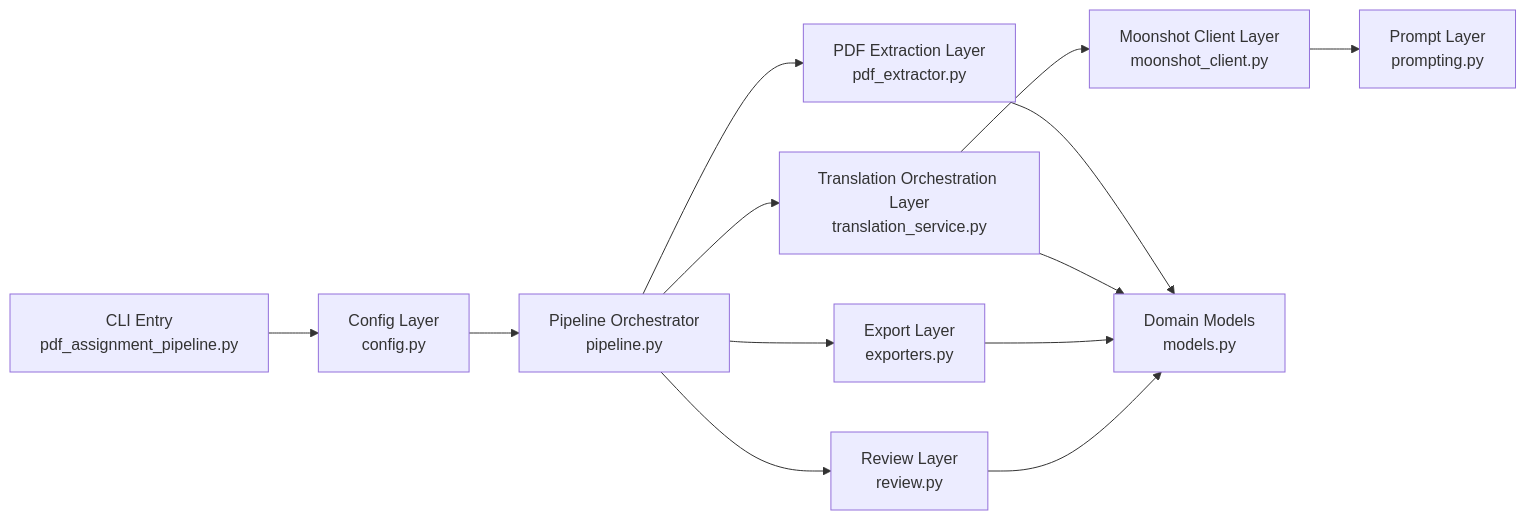
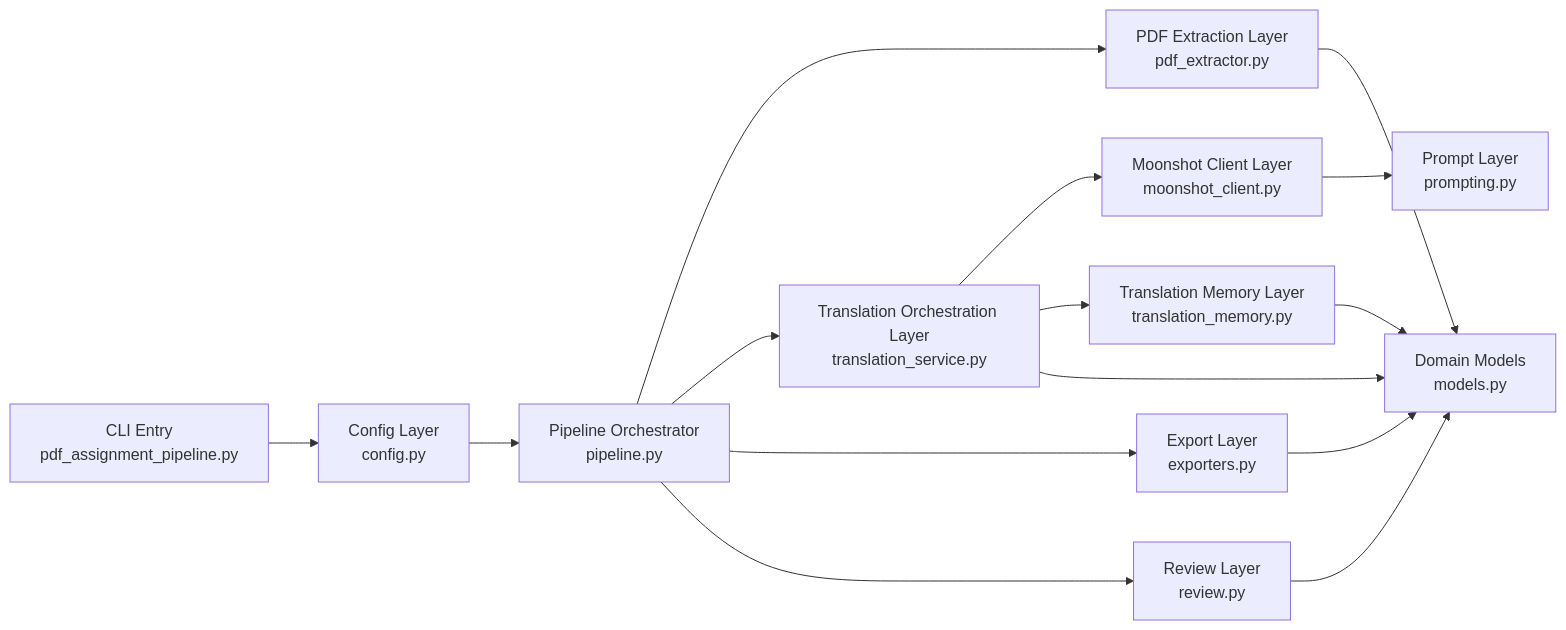
One commit to HY-LiYihan/LLM-BatchTrans changed the diagram in docs/ARCHITECTURE.md. Above: the diagram before and after it, drawn with Mermaid. The commit also changed other lines of this file and 14 other files, not shown here.

Commit message:
Add translation memory and glossary hints

````diff
--- a/docs/ARCHITECTURE.md
+++ b/docs/ARCHITECTURE.md
@@ -18,15 +18,17 @@
 ```mermaid
 flowchart LR
     A["CLI Entry<br/>pdf_assignment_pipeline.py"] --> B["Config Layer<br/>config.py"]
     B --> C["Pipeline Orchestrator<br/>pipeline.py"]
     C --> D["PDF Extraction Layer<br/>pdf_extractor.py"]
     C --> E["Translation Orchestration Layer<br/>translation_service.py"]
     E --> F["Moonshot Client Layer<br/>moonshot_client.py"]
-    F --> G["Prompt Layer<br/>prompting.py"]
-    C --> H["Export Layer<br/>exporters.py"]
-    C --> I["Review Layer<br/>review.py"]
-    D --> J["Domain Models<br/>models.py"]
-    E --> J
-    H --> J
-    I --> J
+    E --> G["Translation Memory Layer<br/>translation_memory.py"]
+    F --> H["Prompt Layer<br/>prompting.py"]
+    C --> I["Export Layer<br/>exporters.py"]
+    C --> J["Review Layer<br/>review.py"]
+    D --> K["Domain Models<br/>models.py"]
+    E --> K
+    G --> K
+    I --> K
+    J --> K
 ```
````
